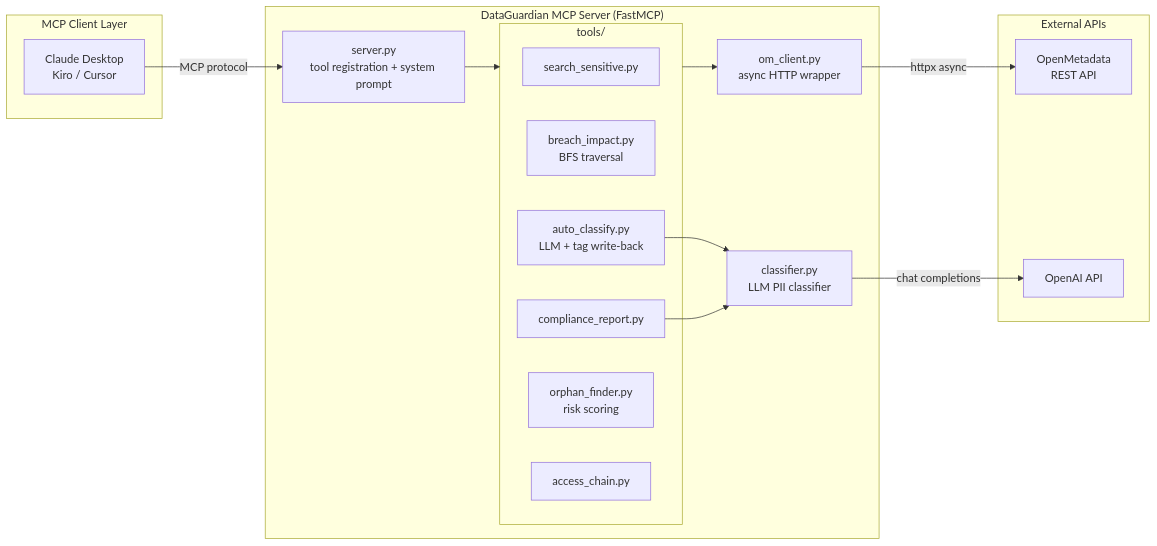
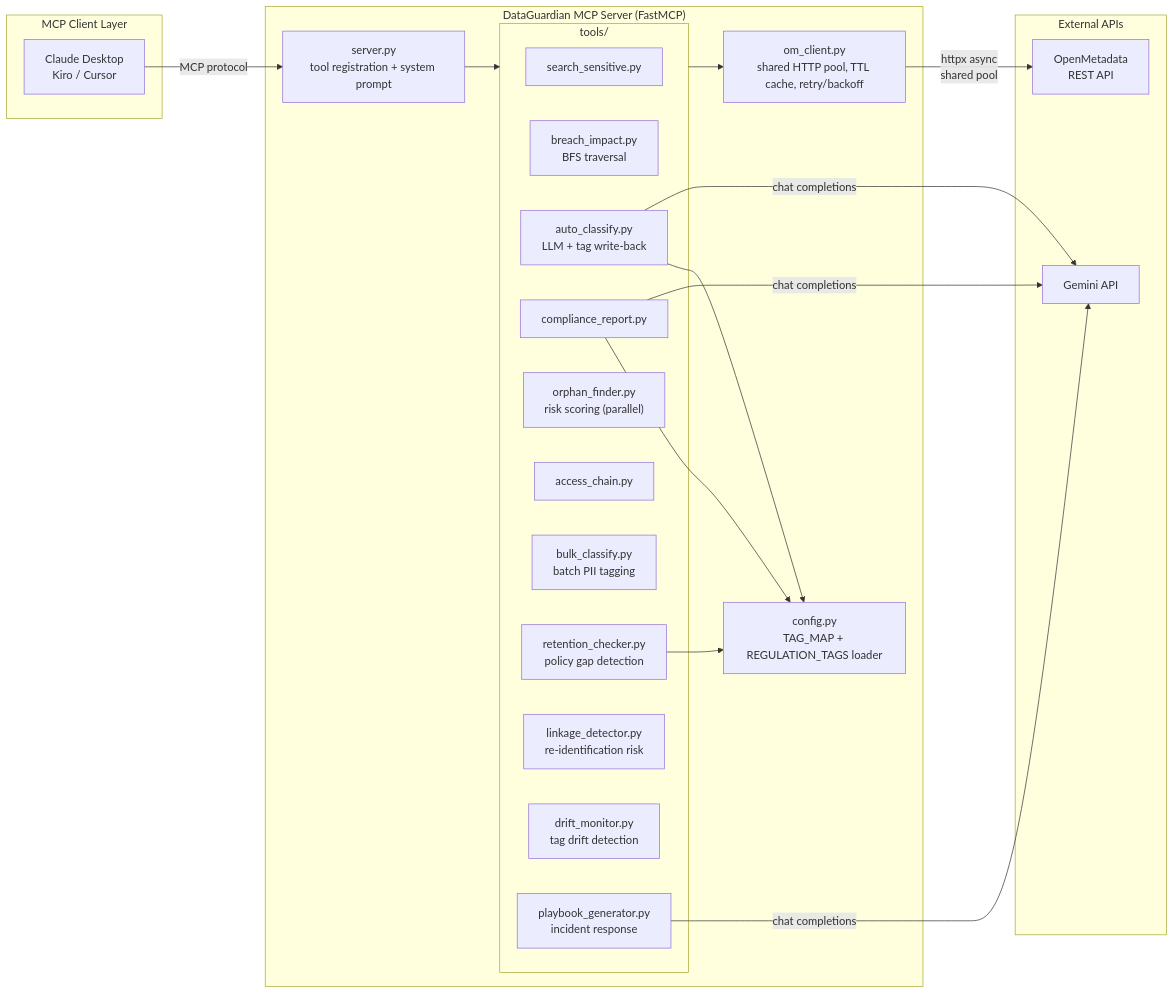
Before and after one commit to rohanjain1648/METADATA_HACKATHON: the second of 8 diagrams in dataguardian/README.md, drawn with Mermaid. The commit also changed other lines of this file and 1 other file, not shown here.

````diff
--- a/dataguardian/README.md
+++ b/dataguardian/README.md
@@ -103,35 +121,43 @@
 ```mermaid
 graph LR
     subgraph Client["MCP Client Layer"]
         C["Claude Desktop\nKiro / Cursor"]
     end
 
     subgraph Server["DataGuardian MCP Server (FastMCP)"]
         SRV["server.py\ntool registration + system prompt"]
-        OMC["om_client.py\nasync HTTP wrapper"]
-        CLS["classifier.py\nLLM PII classifier"]
+        OMC["om_client.py\nshared HTTP pool, TTL cache, retry/backoff"]
+        CFG["config.py\nTAG_MAP + REGULATION_TAGS loader"]
 
         subgraph Tools["tools/"]
             T1["search_sensitive.py"]
             T2["breach_impact.py\nBFS traversal"]
             T3["auto_classify.py\nLLM + tag write-back"]
             T4["compliance_report.py"]
-            T5["orphan_finder.py\nrisk scoring"]
+            T5["orphan_finder.py\nrisk scoring (parallel)"]
             T6["access_chain.py"]
+            T7["bulk_classify.py\nbatch PII tagging"]
+            T8["retention_checker.py\npolicy gap detection"]
+            T9["linkage_detector.py\nre-identification risk"]
+            T10["drift_monitor.py\ntag drift detection"]
+            T11["playbook_generator.py\nincident response"]
         end
 
         SRV --> Tools
         Tools --> OMC
-        T3 --> CLS
-        T4 --> CLS
+        T3 --> CFG
+        T4 --> CFG
+        T8 --> CFG
     end
 
     subgraph External["External APIs"]
         OM["OpenMetadata\nREST API"]
-        OAI["OpenAI API"]
+        GEM["Gemini API"]
     end
 
     C -->|MCP protocol| SRV
-    OMC -->|httpx async| OM
-    CLS -->|chat completions| OAI
+    OMC -->|httpx async\nshared pool| OM
+    T3 -->|chat completions| GEM
+    T4 -->|chat completions| GEM
+    T11 -->|chat completions| GEM
 ```
````
